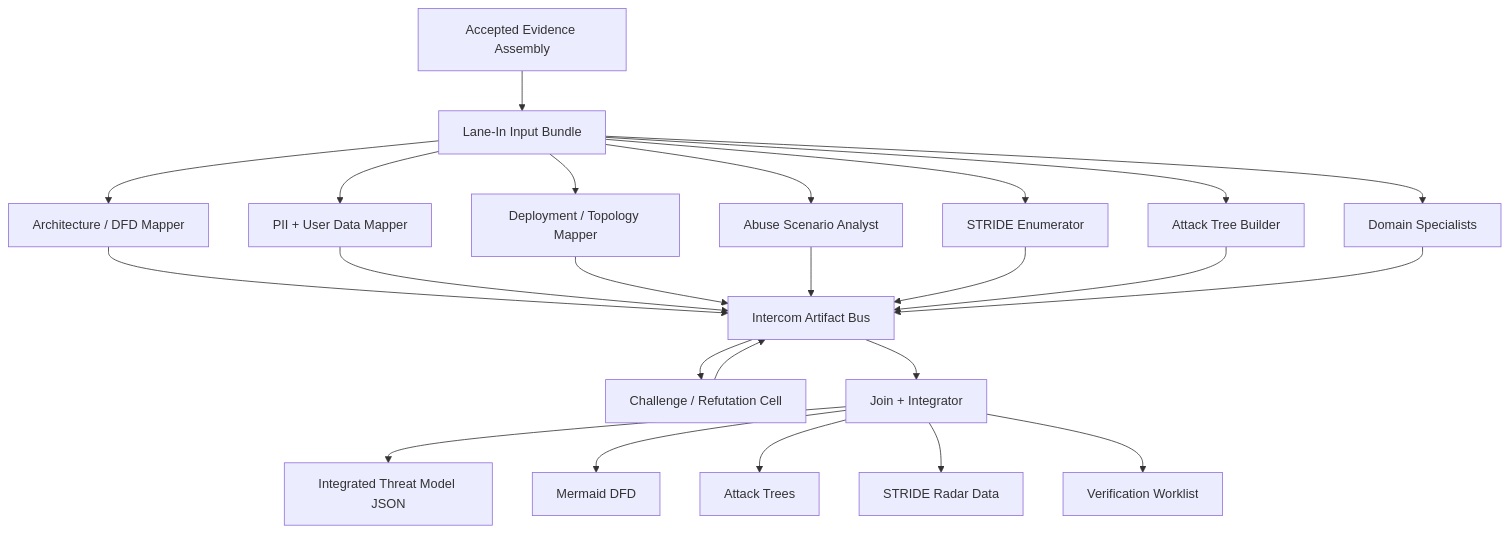
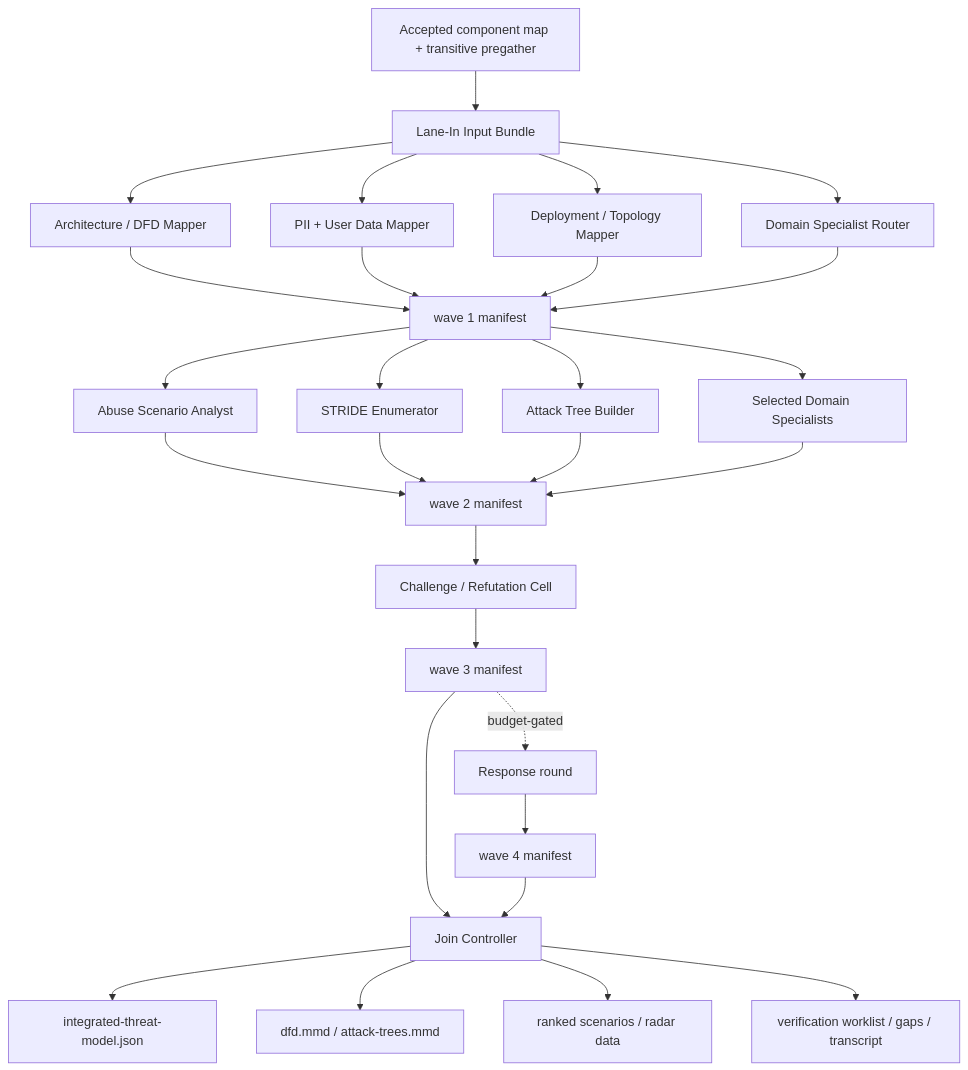
The diagram in docs/decisions/ADR-0008-threat-workbench.md (wsollers/appsec-review), drawn with Mermaid before and after one commit. The commit also changed other lines of this file and 5 other files, not shown here.

First line of the commit message:
Refine G01 threat workbench packet into gated options and task series

````diff
--- a/docs/decisions/ADR-0008-threat-workbench.md
+++ b/docs/decisions/ADR-0008-threat-workbench.md
@@ -215,26 +387,30 @@
 ```mermaid
 flowchart TD
-    A[Accepted Evidence Assembly] --> B[Lane-In Input Bundle]
+    A[Accepted component map + transitive pregather] --> B[Lane-In Input Bundle]
+    B --> R[Domain Specialist Router]
     B --> C1[Architecture / DFD Mapper]
     B --> C2[PII + User Data Mapper]
     B --> C3[Deployment / Topology Mapper]
-    B --> C4[Abuse Scenario Analyst]
-    B --> C5[STRIDE Enumerator]
-    B --> C6[Attack Tree Builder]
-    B --> C7[Domain Specialists]
-    C1 --> I[Intercom Artifact Bus]
-    C2 --> I
-    C3 --> I
-    C4 --> I
-    C5 --> I
-    C6 --> I
-    C7 --> I
-    I --> K[Challenge / Refutation Cell]
-    K --> I
-    I --> J[Join + Integrator]
-    J --> O1[Integrated Threat Model JSON]
-    J --> O2[Mermaid DFD]
-    J --> O3[Attack Trees]
-    J --> O4[STRIDE Radar Data]
-    J --> O5[Verification Worklist]
+    C1 --> W1[wave 1 manifest]
+    C2 --> W1
+    C3 --> W1
+    R --> W1
+    W1 --> C5[STRIDE Enumerator]
+    W1 --> C4[Abuse Scenario Analyst]
+    W1 --> C6[Attack Tree Builder]
+    W1 --> C7[Selected Domain Specialists]
+    C4 --> W2[wave 2 manifest]
+    C5 --> W2
+    C6 --> W2
+    C7 --> W2
+    W2 --> K[Challenge / Refutation Cell]
+    K --> W3[wave 3 manifest]
+    W3 -. budget-gated .-> RS[Response round]
+    RS --> W4[wave 4 manifest]
+    W3 --> J[Join Controller]
+    W4 --> J
+    J --> O1[integrated-threat-model.json]
+    J --> O2[dfd.mmd / attack-trees.mmd]
+    J --> O3[ranked scenarios / radar data]
+    J --> O4[verification worklist / gaps / transcript]
 ```
````
